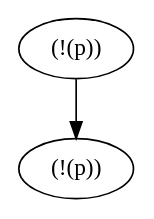
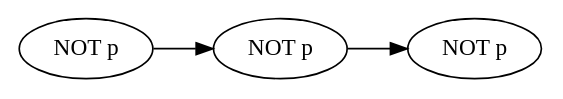
One commit to sarvaryk/Comb changed the diagram in comb.examples/evaluateShortestViolationTrace.dot. Above: the diagram before and after it, drawn with Graphviz. The commit also changed 3 other files, not shown here.

First line of the commit message:
Updating the graphical representation

```diff
--- a/comb.examples/evaluateShortestViolationTrace.dot
+++ b/comb.examples/evaluateShortestViolationTrace.dot
@@ -1,4 +1,5 @@
 digraph {
-	"0"[label="(!(p))"] "1"[label="(!(p))"]
-	0 -> 1
+	rankdir="LR";
+	"0"[label="NOT p"] "1"[label="NOT p"] "2"[label="NOT p"]
+	0 -> 1 -> 2
 }
```
